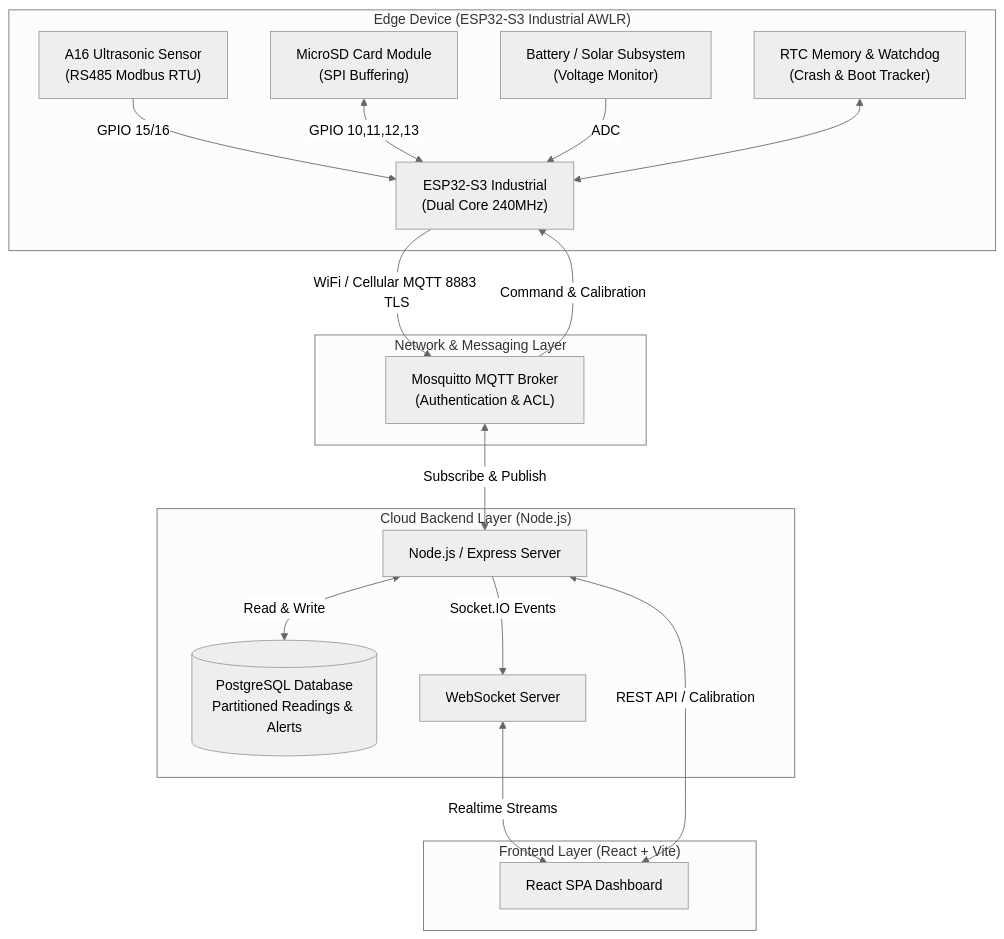
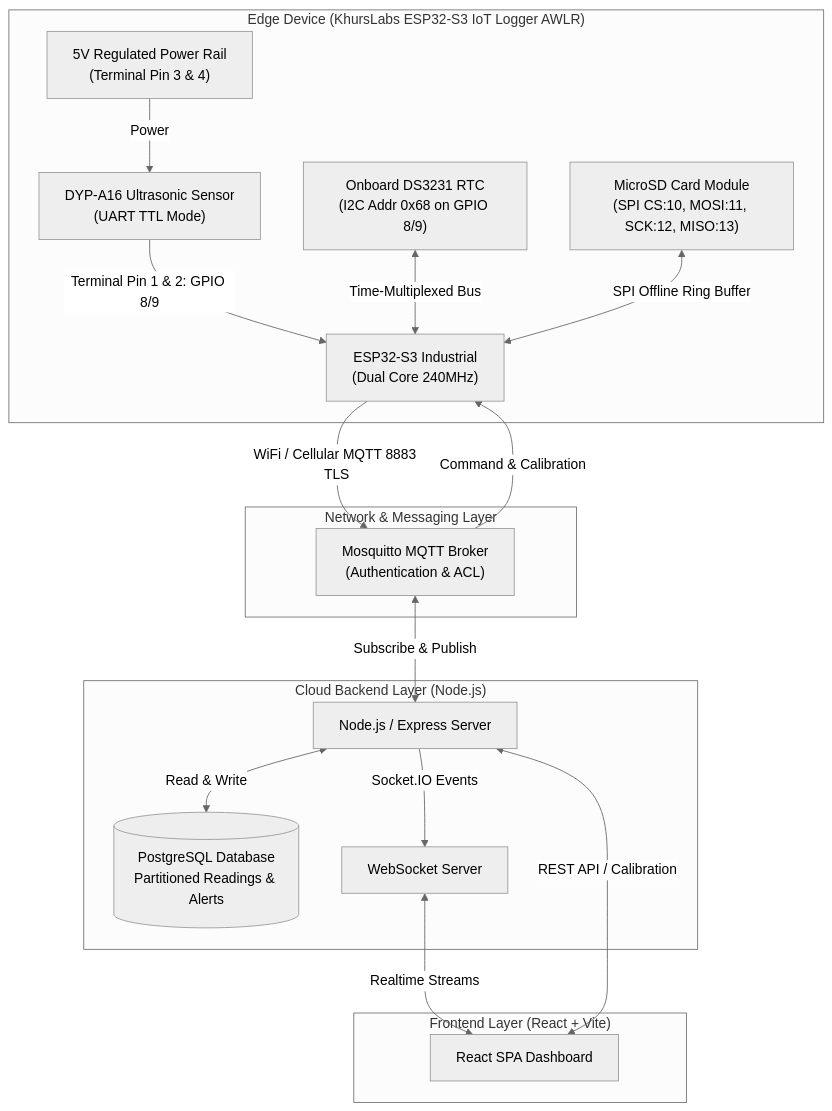
One commit to dimss19/TerraflowId changed the first of 2 diagrams in PRD-TerraFlow.md. Above: the diagram before and after it, drawn with Mermaid (neutral theme). The commit also changed other lines of this file and 25 other files, not shown here.

````diff
--- a/PRD-TerraFlow.md
+++ b/PRD-TerraFlow.md
@@ -48,25 +47,25 @@
 ```mermaid
 graph TB
-    subgraph "Edge Device (ESP32-S3 Industrial AWLR)"
-        A16["A16 Ultrasonic Sensor<br/>(RS485 Modbus RTU)"] -->|GPIO 15/16| MCU["ESP32-S3 Industrial<br/>(Dual Core 240MHz)"]
-        SD["MicroSD Card Module<br/>(SPI Buffering)"] <-->|GPIO 10,11,12,13| MCU
-        PWR["Battery / Solar Subsystem<br/>(Voltage Monitor)"] -->|ADC| MCU
-        RTC["RTC Memory & Watchdog<br/>(Crash & Boot Tracker)"] <--> MCU
+    subgraph "Edge Device (KhursLabs ESP32-S3 IoT Logger AWLR)"
+        A16["DYP-A16 Ultrasonic Sensor<br/>(UART TTL Mode)"] -->|Terminal Pin 1 & 2: GPIO 8/9| MCU["ESP32-S3 Industrial<br/>(Dual Core 240MHz)"]
+        RTC["Onboard DS3231 RTC<br/>(I2C Addr 0x68 on GPIO 8/9)"] <-->|Time-Multiplexed Bus| MCU
+        SD["MicroSD Card Module<br/>(SPI CS:10, MOSI:11, SCK:12, MISO:13)"] <-->|SPI Offline Ring Buffer| MCU
+        PWR["5V Regulated Power Rail<br/>(Terminal Pin 3 & 4)"] -->|Power| A16
     end
 
     subgraph "Network & Messaging Layer"
         MCU -->|WiFi / Cellular MQTT 8883 TLS| BRK["Mosquitto MQTT Broker<br/>(Authentication & ACL)"]
         BRK -->|Command & Calibration| MCU
     end
 
     subgraph "Cloud Backend Layer (Node.js)"
         BRK <-->|Subscribe & Publish| SRV["Node.js / Express Server"]
         SRV <-->|Read & Write| DB[("PostgreSQL Database<br/>Partitioned Readings & Alerts")]
         SRV -->|Socket.IO Events| WSS["WebSocket Server"]
     end
 
     subgraph "Frontend Layer (React + Vite)"
         WSS <-->|Realtime Streams| WEB["React SPA Dashboard"]
         WEB <-->|REST API / Calibration| SRV
     end
 ```
````
